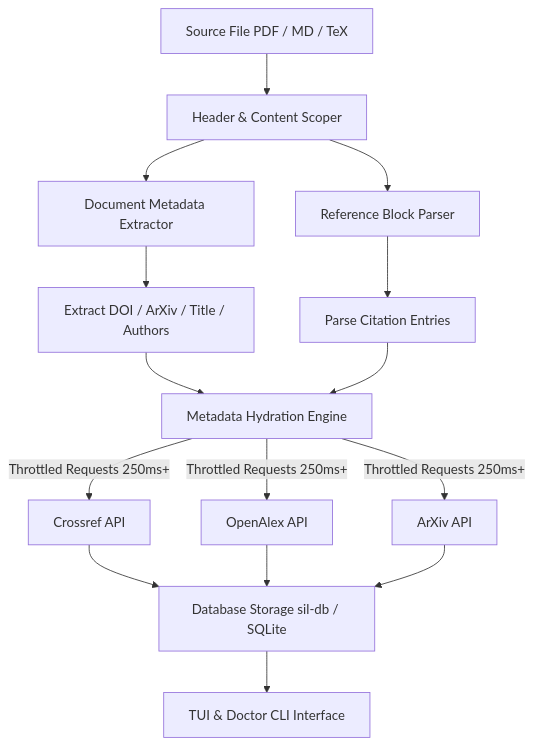
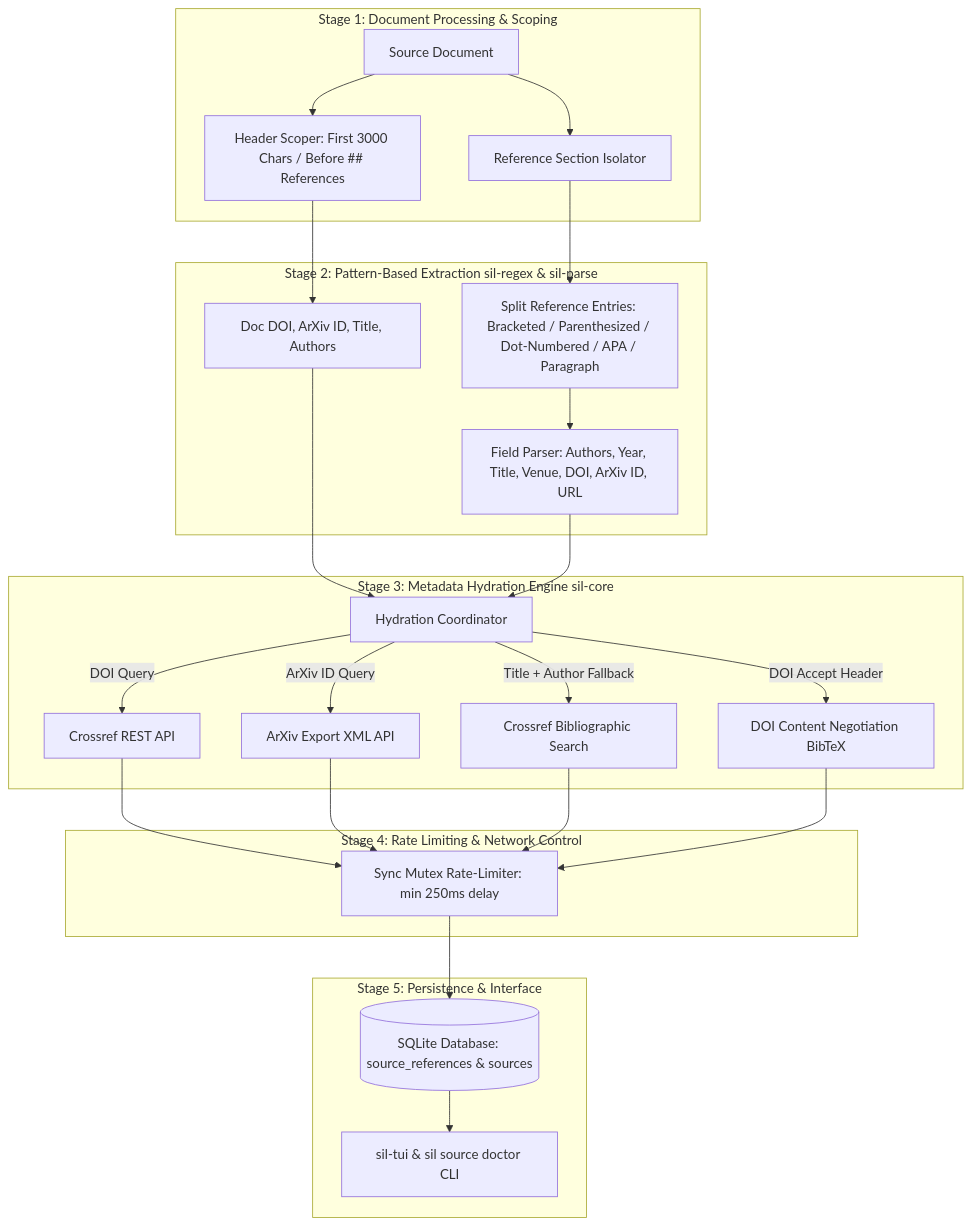
The first of 2 diagrams in docs/reference_extraction_pipeline.md (shizmag/scientist-in-loop), drawn with Mermaid before and after one commit. The commit also changed other lines of this file, not shown here.

Commit message:
Expand extraction pipeline docs with complete regex patterns, API interaction details, and algorithms

````diff
--- a/docs/reference_extraction_pipeline.md
+++ b/docs/reference_extraction_pipeline.md
@@ -6,19 +7,30 @@
 ```mermaid
 flowchart TD
-    A[Source File PDF / MD / TeX] --> B[Header & Content Scoper]
-    B --> C1[Document Metadata Extractor]
-    B --> C2[Reference Block Parser]
+    subgraph Stage 1: Document Processing & Scoping
+        A[Source Document] --> B1[Header Scoper: First 3000 Chars / Before ## References]
+        A --> B2[Reference Section Isolator]
+    end
 
-    C1 --> D1[Extract DOI / ArXiv / Title / Authors]
-    C2 --> D2[Parse Citation Entries]
+    subgraph Stage 2: Pattern-Based Extraction sil-regex & sil-parse
+        B1 --> C1[Doc DOI, ArXiv ID, Title, Authors]
+        B2 --> C2[Split Reference Entries: Bracketed / Parenthesized / Dot-Numbered / APA / Paragraph]
+        C2 --> C3[Field Parser: Authors, Year, Title, Venue, DOI, ArXiv ID, URL]
+    end
 
-    D1 --> E[Metadata Hydration Engine]
-    D2 --> E
+    subgraph Stage 3: Metadata Hydration Engine sil-core
+        C1 & C3 --> D[Hydration Coordinator]
+        D -->|DOI Query| E1[Crossref REST API]
+        D -->|ArXiv ID Query| E2[ArXiv Export XML API]
+        D -->|Title + Author Fallback| E3[Crossref Bibliographic Search]
+        D -->|DOI Accept Header| E4[DOI Content Negotiation BibTeX]
+    end
 
-    E -->|Throttled Requests 250ms+| F1[Crossref API]
-    E -->|Throttled Requests 250ms+| F2[OpenAlex API]
-    E -->|Throttled Requests 250ms+| F3[ArXiv API]
+    subgraph Stage 4: Rate Limiting & Network Control
+        E1 & E2 & E3 & E4 --> F[Sync Mutex Rate-Limiter: min 250ms delay]
+    end
 
-    F1 & F2 & F3 --> G[Database Storage sil-db / SQLite]
-    G --> H[TUI & Doctor CLI Interface]
+    subgraph Stage 5: Persistence & Interface
+        F --> G[(SQLite Database: source_references & sources)]
+        G --> H[sil-tui & sil source doctor CLI]
+    end
 ```
````
